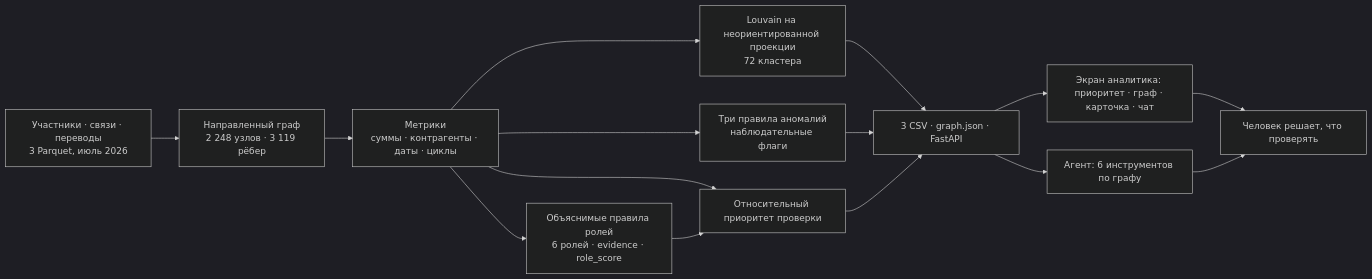
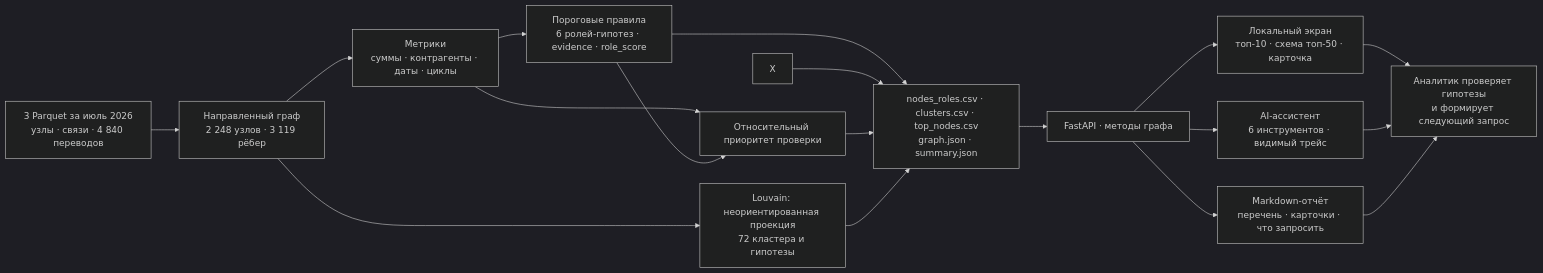
Before and after one commit to BAITC-Hacks/hack-b18c30d4-kazhydromet-ai: the diagram in docs/SCHEME.md, drawn with Mermaid (dark theme). The commit also changed other lines of this file and 2 other files, not shown here.

Commit message:
Align five-minute demo and solution diagram with verified UI

````diff
--- a/docs/SCHEME.md
+++ b/docs/SCHEME.md
@@ -3,17 +3,20 @@
 ```mermaid
 flowchart LR
-    A[Участники · связи · переводы<br/>3 Parquet, июль 2026] --> B[Направленный граф<br/>2 248 узлов · 3 119 рёбер]
+    A[3 Parquet за июль 2026<br/>узлы · связи · 4 840 переводов] --> B[Направленный граф<br/>2 248 узлов · 3 119 рёбер]
     B --> C[Метрики<br/>суммы · контрагенты · даты · циклы]
-    C --> D[Объяснимые правила ролей<br/>6 ролей · evidence · role_score]
-    C --> E[Louvain на неориентированной проекции<br/>72 кластера]
-    C --> X[Три правила аномалий<br/>наблюдательные флаги]
-    C --> F[Относительный приоритет проверки]
-    D --> F
-    E --> G[3 CSV · graph.json · FastAPI]
-    X --> G
-    F --> G
-    G --> H[Экран аналитика: приоритет · граф · карточка · чат]
-    G --> I[Агент: 6 инструментов по графу]
-    H --> J[Человек решает, что проверять]
-    I --> J
+    C --> D[Пороговые правила<br/>6 ролей-гипотез · evidence · role_score]
+    C --> P[Относительный приоритет проверки]
+    D --> P
+    B --> L[Louvain: неориентированная проекция<br/>72 кластера и гипотезы]
+    D --> O[nodes_roles.csv · clusters.csv · top_nodes.csv<br/>graph.json · summary.json]
+    X --> O
+    P --> O
+    L --> O
+    O --> F[FastAPI · методы графа]
+    F --> U[Локальный экран<br/>топ-10 · схема топ-50 · карточка]
+    F --> I[AI-ассистент<br/>6 инструментов · видимый трейс]
+    F --> R[Markdown-отчёт<br/>перечень · карточки · что запросить]
+    U --> H[Аналитик проверяет гипотезы<br/>и формирует следующий запрос]
+    I --> H
+    R --> H
 ```
````
